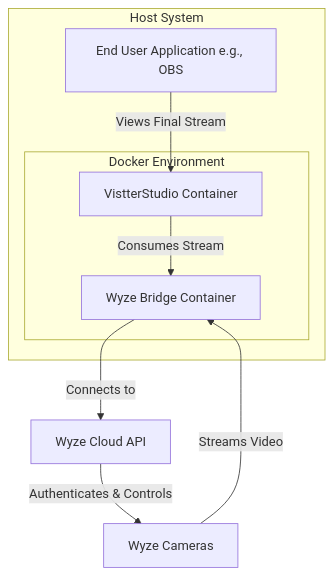
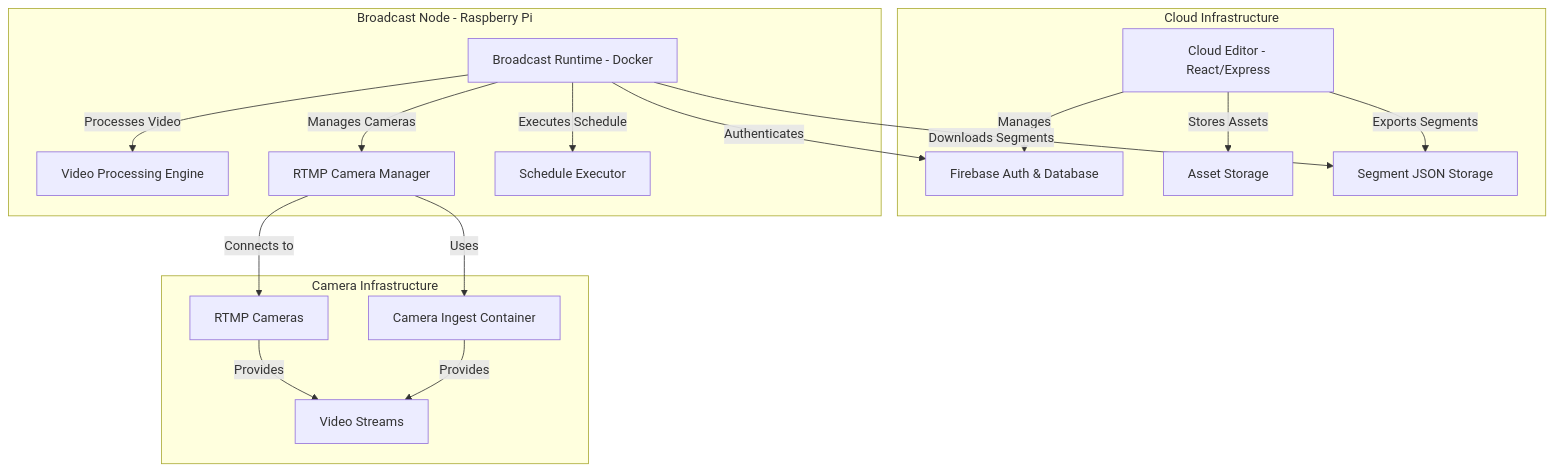
One commit to nickdnj/VistterStudio changed the diagram in docs/SAD.md. Above: the diagram before and after it, drawn with Mermaid. The commit also changed other lines of this file and 12 other files, not shown here.

Commit message:
Save current state before architecture refactor - includes updated docs and removed legacy files

````diff
--- a/docs/SAD.md
+++ b/docs/SAD.md
@@ -11,15 +14,34 @@
 ```mermaid
 graph TD
-    subgraph Host System
-        subgraph Docker Environment
-            A[VistterStudio Container]
-            B[Wyze Bridge Container]
-            A -- Consumes Stream --> B
-        end
-        C[End User Application e.g., OBS] -- Views Final Stream --> A
+    subgraph Cloud Infrastructure
+        A[Cloud Editor - React/Express]
+        B[Firebase Auth & Database]
+        C[Asset Storage]
+        D[Segment JSON Storage]
+        A -- Manages --> B
+        A -- Stores Assets --> C
+        A -- Exports Segments --> D
     end
-
-    B -- Connects to --> D[Wyze Cloud API]
-    D -- Authenticates & Controls --> E[Wyze Cameras]
-    E -- Streams Video --> B
+    
+    subgraph Broadcast Node - Raspberry Pi
+        E[Broadcast Runtime - Docker]
+        F[Video Processing Engine]
+        G[RTMP Camera Manager]
+        H[Schedule Executor]
+        E -- Authenticates --> B
+        E -- Downloads Segments --> D
+        E -- Processes Video --> F
+        E -- Manages Cameras --> G
+        E -- Executes Schedule --> H
+    end
+    
+    subgraph Camera Infrastructure
+        I[RTMP Cameras]
+        J[Camera Ingest Container]
+        K[Video Streams]
+        G -- Connects to --> I
+        G -- Uses --> J
+        I -- Provides --> K
+        J -- Provides --> K
+    end
 ```
````
